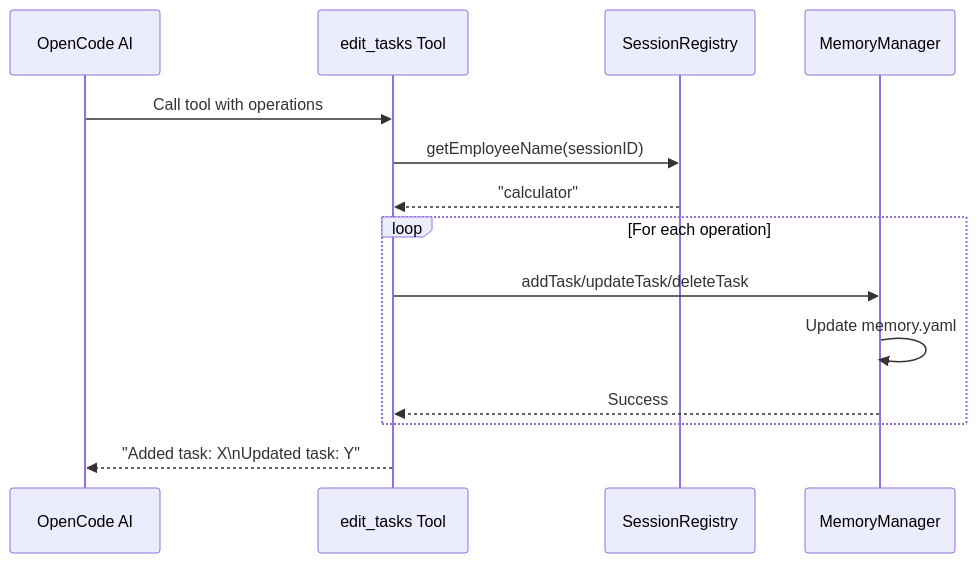
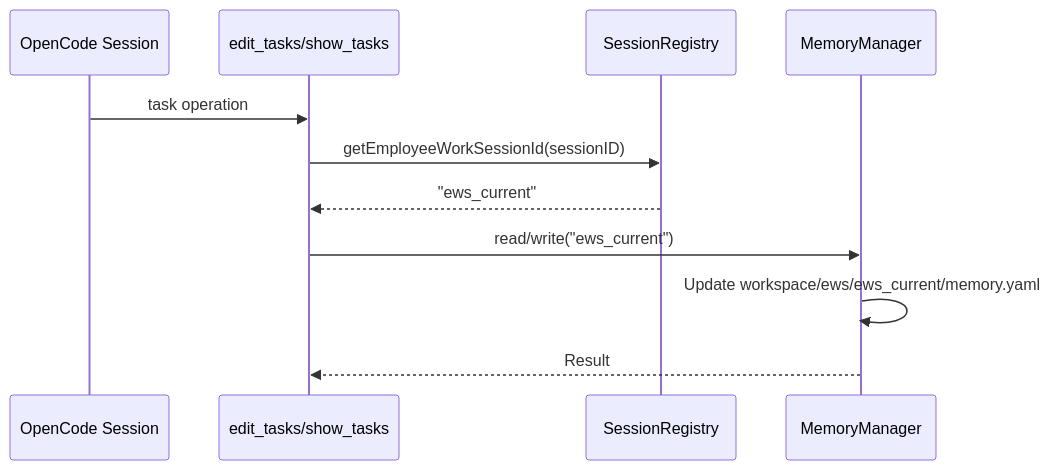
Before and after one commit to fkxxyz/opencode-cclover: the second of 3 diagrams in docs/design-tools.md, drawn with Mermaid. The commit also changed other lines of this file and 179 other files, not shown here.

Commit message:
feat: migrate runtime to employee work sessions

````diff
--- a/docs/design-tools.md
+++ b/docs/design-tools.md
@@ -467,19 +159,14 @@
 ```mermaid
 sequenceDiagram
-    participant AI as OpenCode AI
-    participant Tool as edit_tasks Tool
+    participant AI as OpenCode Session
+    participant Tool as edit_tasks/show_tasks
     participant Registry as SessionRegistry
-    participant Manager as MemoryManager
-    
-    AI->>Tool: Call tool with operations
-    Tool->>Registry: getEmployeeName(sessionID)
-    Registry-->>Tool: "calculator"
-    
-    loop For each operation
-        Tool->>Manager: addTask/updateTask/deleteTask
-        Manager->>Manager: Update memory.yaml
-        Manager-->>Tool: Success
-    end
-    
-    Tool-->>AI: "Added task: X\nUpdated task: Y"
+    participant Memory as MemoryManager
+
+    AI->>Tool: task operation
+    Tool->>Registry: getEmployeeWorkSessionId(sessionID)
+    Registry-->>Tool: "ews_current"
+    Tool->>Memory: read/write("ews_current")
+    Memory->>Memory: Update workspace/ews/ews_current/memory.yaml
+    Memory-->>Tool: Result
 ```
````
